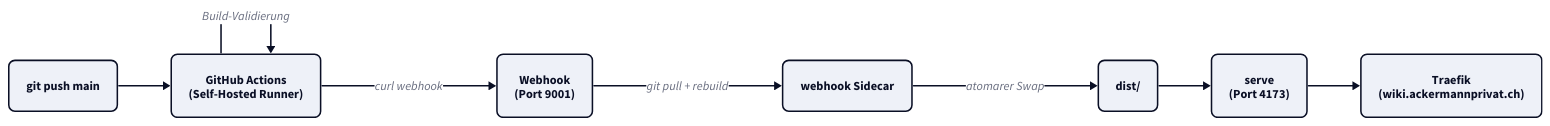
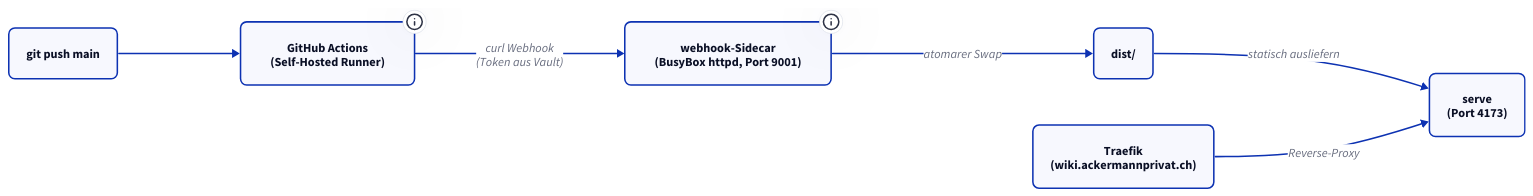
Before and after one commit to derever-labs/homelab-wiki: the diagram in docs/vitepress-wiki/betrieb.md, drawn with D2. The commit also changed 8 other files, not shown here.

First line of the commit message:
Diagramme fuer TALA ueberarbeiten (Batch B7) (#103)

````diff
--- a/docs/vitepress-wiki/betrieb.md
+++ b/docs/vitepress-wiki/betrieb.md
@@ -18,31 +18,26 @@
 ```d2
-vars: {
-  d2-config: {
-    theme-id: 1
-    layout-engine: elk
-  }
+classes: {
+  node: { style: { border-radius: 8 } }
 }
+
 direction: right
 
-classes: {
-  node: {
-    style: { border-radius: 8 }
-  }
+Push: git push main { class: node }
+GHA: "GitHub Actions\n(Self-Hosted Runner)" {
+  class: node
+  tooltip: "Build-Validierung: npm ci + vitepress build, Dead-Link-Handling via Issue"
 }
-
-Push: git push main { class: node }
-GHA: "GitHub Actions\n(Self-Hosted Runner)" { class: node }
-WH: "Webhook\n(Port 9001)" { class: node }
-Sync: webhook Sidecar { class: node }
+Sidecar: "webhook-Sidecar\n(BusyBox httpd, Port 9001)" {
+  class: node
+  tooltip: "CGI-Script: git pull + Rebuild, flock gegen parallele Builds"
+}
 Dist: dist/ { class: node }
 Serve: "serve\n(Port 4173)" { class: node }
 Traefik: "Traefik\n(wiki.ackermannprivat.ch)" { class: node }
 
 Push -> GHA
-GHA -> GHA: Build-Validierung
-GHA -> WH: curl webhook
-WH -> Sync: git pull + rebuild
-Sync -> Dist: atomarer Swap
-Dist -> Serve
-Serve -> Traefik
+GHA -> Sidecar: "curl Webhook\n(Token aus Vault)"
+Sidecar -> Dist: "atomarer Swap"
+Dist -> Serve: "statisch ausliefern"
+Traefik -> Serve: "Reverse-Proxy"
 ```
````
